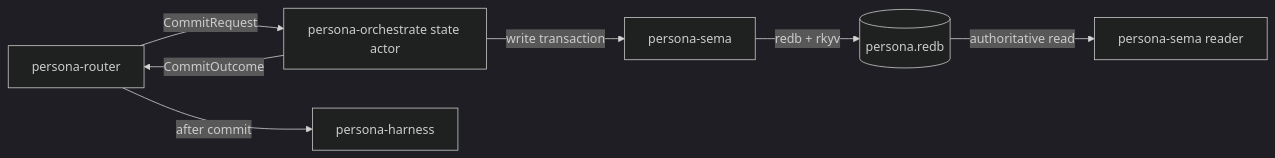
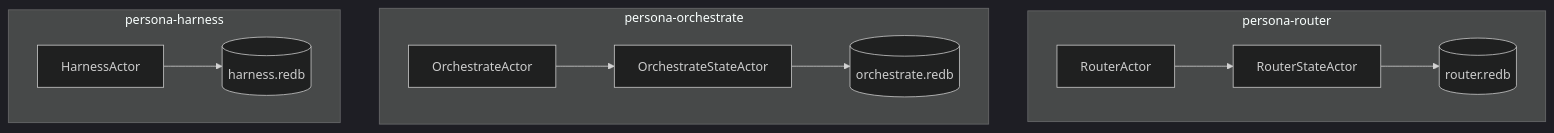
One commit to LiGoldragon/persona changed the fourth of 4 diagrams in ARCHITECTURE.md. Above: the diagram before and after it, drawn with Mermaid (dark theme). The commit also changed other lines of this file and 9 other files, not shown here.

````diff
--- a/ARCHITECTURE.md
+++ b/ARCHITECTURE.md
@@ -161,9 +163,22 @@
 ```mermaid
-flowchart LR
-    router["persona-router"] -->|CommitRequest| orchestrate["persona-orchestrate state actor"]
-    orchestrate -->|write transaction| sema["persona-sema"]
-    sema -->|redb + rkyv| database[("persona.redb")]
-    database -->|authoritative read| reader["persona-sema reader"]
-    orchestrate -->|CommitOutcome| router
-    router -->|after commit| harness["persona-harness"]
+flowchart TB
+    subgraph router["persona-router"]
+        router_actor["RouterActor"]
+        router_state["RouterStateActor"]
+        router_database[("router.redb")]
+        router_actor --> router_state --> router_database
+    end
+
+    subgraph orchestrate["persona-orchestrate"]
+        orchestrate_actor["OrchestrateActor"]
+        orchestrate_state["OrchestrateStateActor"]
+        orchestrate_database[("orchestrate.redb")]
+        orchestrate_actor --> orchestrate_state --> orchestrate_database
+    end
+
+    subgraph harness["persona-harness"]
+        harness_actor["HarnessActor"]
+        harness_database[("harness.redb")]
+        harness_actor --> harness_database
+    end
 ```
````
